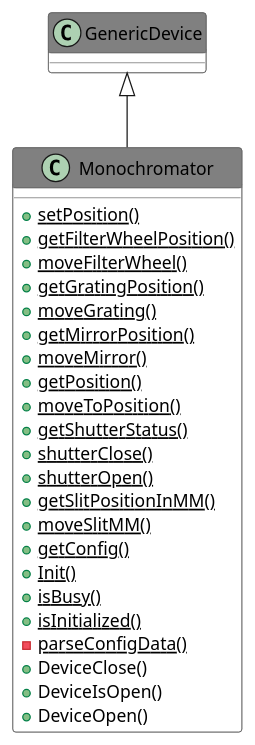
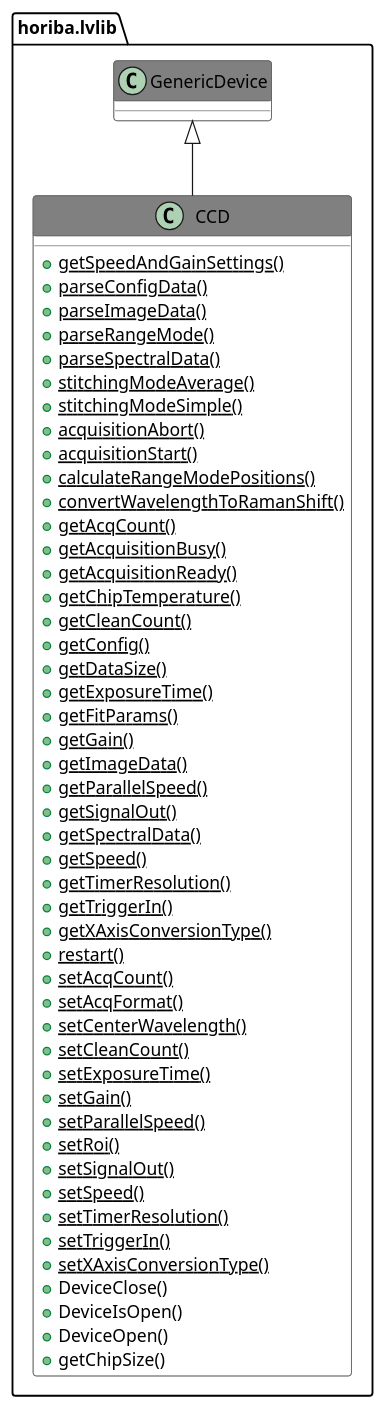
One commit to HORIBAEzSpecSDK/labview-sdk changed the diagram in docs/Includes/007.adoc. Above: the diagram before and after it, drawn with PlantUML. The commit also changed other lines of this file and 211 other files, not shown here.

```diff
--- a/docs/Includes/007.adoc
+++ b/docs/Includes/007.adoc
@@ -9,41 +9,66 @@
 [plantuml, format="svg", align="center"]
 ....
 @startuml
 set namespaceSeparator :
 skinparam ClassBackgroundColor #FFFFFF
 skinparam ClassBorderColor #555555
 skinparam ClassFontColor #000000
 skinparam ClassHeaderBackgroundColor #808080
 
 skinparam top to bottom direction
-class "Monochromator" {
-{static} {method} +setPosition()
-{static} {method} +getFilterWheelPosition()
-{static} {method} +moveFilterWheel()
-{static} {method} +getGratingPosition()
-{static} {method} +moveGrating()
-{static} {method} +getMirrorPosition()
-{static} {method} +moveMirror()
-{static} {method} +getPosition()
-{static} {method} +moveToPosition()
-{static} {method} +getShutterStatus()
-{static} {method} +shutterClose()
-{static} {method} +shutterOpen()
-{static} {method} +getSlitPositionInMM()
-{static} {method} +moveSlitMM()
+class "horiba.lvlib:CCD" {
+{static} {method} +getSpeedAndGainSettings()
+{static} {method} +parseConfigData()
+{static} {method} +parseImageData()
+{static} {method} +parseRangeMode()
+{static} {method} +parseSpectralData()
+{static} {method} +stitchingModeAverage()
+{static} {method} +stitchingModeSimple()
+{static} {method} +acquisitionAbort()
+{static} {method} +acquisitionStart()
+{static} {method} +calculateRangeModePositions()
+{static} {method} +convertWavelengthToRamanShift()
+{static} {method} +getAcqCount()
+{static} {method} +getAcquisitionBusy()
+{static} {method} +getAcquisitionReady()
+{static} {method} +getChipTemperature()
+{static} {method} +getCleanCount()
 {static} {method} +getConfig()
-{static} {method} +Init()
-{static} {method} +isBusy()
-{static} {method} +isInitialized()
-{static} {method} -parseConfigData()
+{static} {method} +getDataSize()
+{static} {method} +getExposureTime()
+{static} {method} +getFitParams()
+{static} {method} +getGain()
+{static} {method} +getImageData()
+{static} {method} +getParallelSpeed()
+{static} {method} +getSignalOut()
+{static} {method} +getSpectralData()
+{static} {method} +getSpeed()
+{static} {method} +getTimerResolution()
+{static} {method} +getTriggerIn()
+{static} {method} +getXAxisConversionType()
+{static} {method} +restart()
+{static} {method} +setAcqCount()
+{static} {method} +setAcqFormat()
+{static} {method} +setCenterWavelength()
+{static} {method} +setCleanCount()
+{static} {method} +setExposureTime()
+{static} {method} +setGain()
+{static} {method} +setParallelSpeed()
+{static} {method} +setRoi()
+{static} {method} +setSignalOut()
+{static} {method} +setSpeed()
+{static} {method} +setTimerResolution()
+{static} {method} +setTriggerIn()
+{static} {method} +setXAxisConversionType()
 {method} +DeviceClose()
 {method} +DeviceIsOpen()
 {method} +DeviceOpen()
+{method} +getChipSize()
 
 }
-"GenericDevice" <|-- "Monochromator"
+"horiba.lvlib:GenericDevice" <|-- "horiba.lvlib:CCD"
 
 
 
 @enduml
 ....
```
